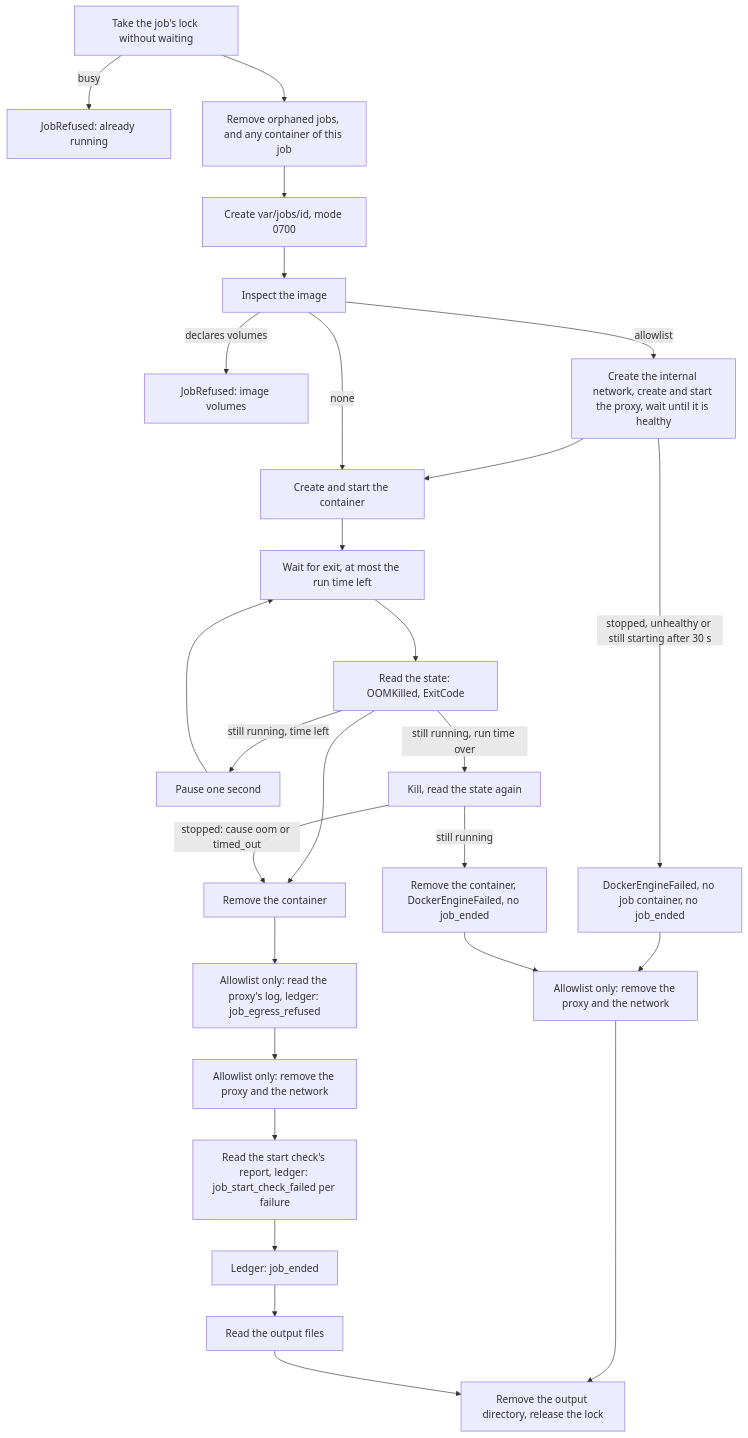
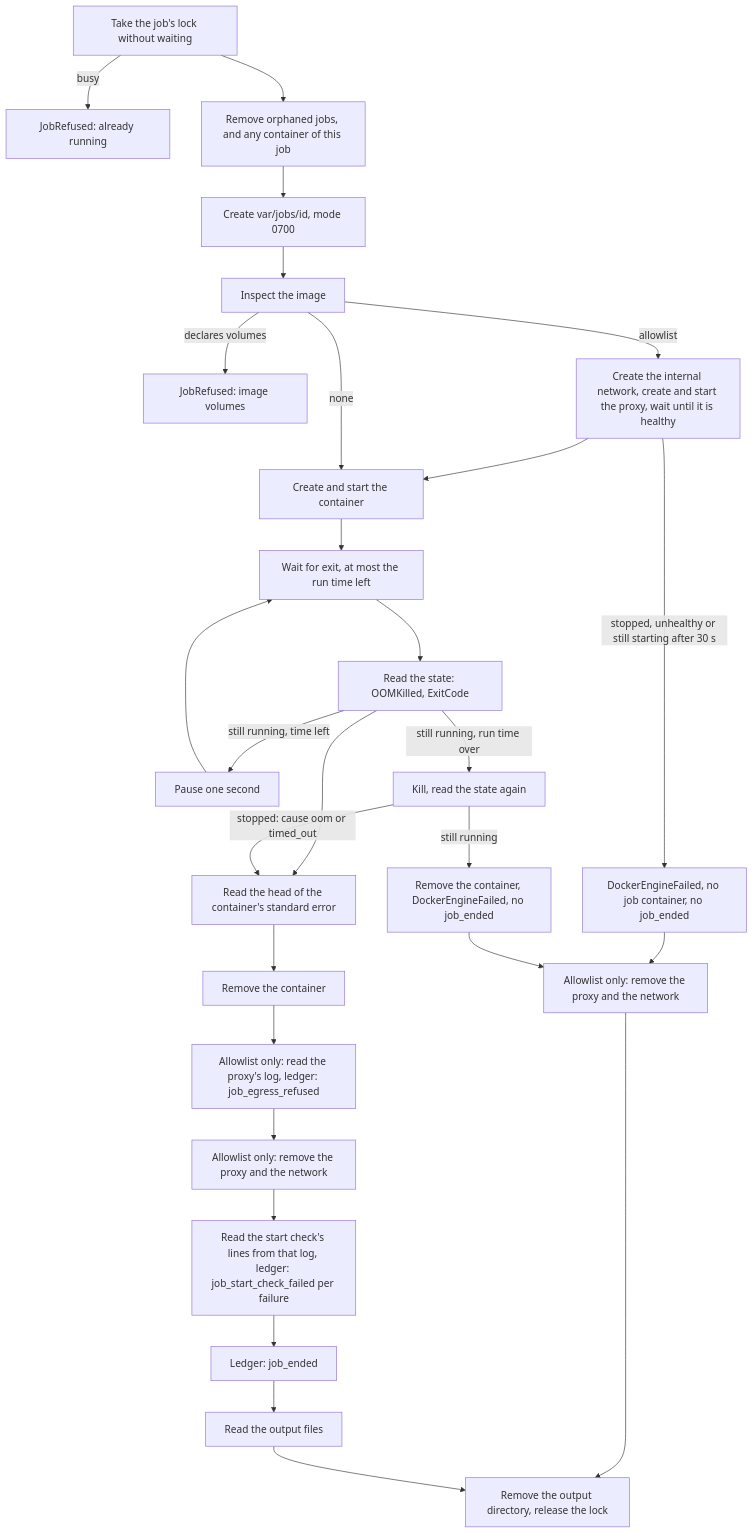
The diagram in docs/architecture/job-containers.md (shinyredapples/intakt), drawn with Mermaid before and after one commit. The commit also changed other lines of this file and 1 other file, not shown here.

Commit message:
docs(job): state that the start check result comes from the container log

````diff
--- a/docs/architecture/job-containers.md
+++ b/docs/architecture/job-containers.md
@@ -37,29 +37,30 @@
 ```mermaid
 flowchart TD
   lock[Take the job's lock without waiting] -->|busy| refused[JobRefused: already running]
   lock --> sweep[Remove orphaned jobs, and any container of this job]
   sweep --> prepare[Create var/jobs/id, mode 0700]
   prepare --> inspect[Inspect the image]
   inspect -->|declares volumes| volumes[JobRefused: image volumes]
   inspect -->|allowlist| open[Create the internal network, create and start the proxy, wait until it is healthy]
   open --> create
   open -->|stopped, unhealthy or still starting after 30 s| notready[DockerEngineFailed, no job container, no job_ended]
   notready --> failclose
   inspect -->|none| create[Create and start the container]
   create --> wait[Wait for exit, at most the run time left]
   wait --> state[Read the state: OOMKilled, ExitCode]
   state -->|still running, time left| pause[Pause one second]
   pause --> wait
   state -->|still running, run time over| kill[Kill, read the state again]
-  state --> remove[Remove the container]
-  kill -->|stopped: cause oom or timed_out| remove
+  state --> log[Read the head of the container's standard error]
+  kill -->|stopped: cause oom or timed_out| log
+  log --> remove[Remove the container]
   kill -->|still running| failed[Remove the container, DockerEngineFailed, no job_ended]
   failed --> failclose[Allowlist only: remove the proxy and the network]
   failclose --> clean
   remove --> refusals[Allowlist only: read the proxy's log, ledger: job_egress_refused]
   refusals --> close[Allowlist only: remove the proxy and the network]
-  close --> check[Read the start check's report, ledger: job_start_check_failed per failure]
+  close --> check[Read the start check's lines from that log, ledger: job_start_check_failed per failure]
   check --> record[Ledger: job_ended]
   record --> read[Read the output files]
   read --> clean[Remove the output directory, release the lock]
 ```
````
